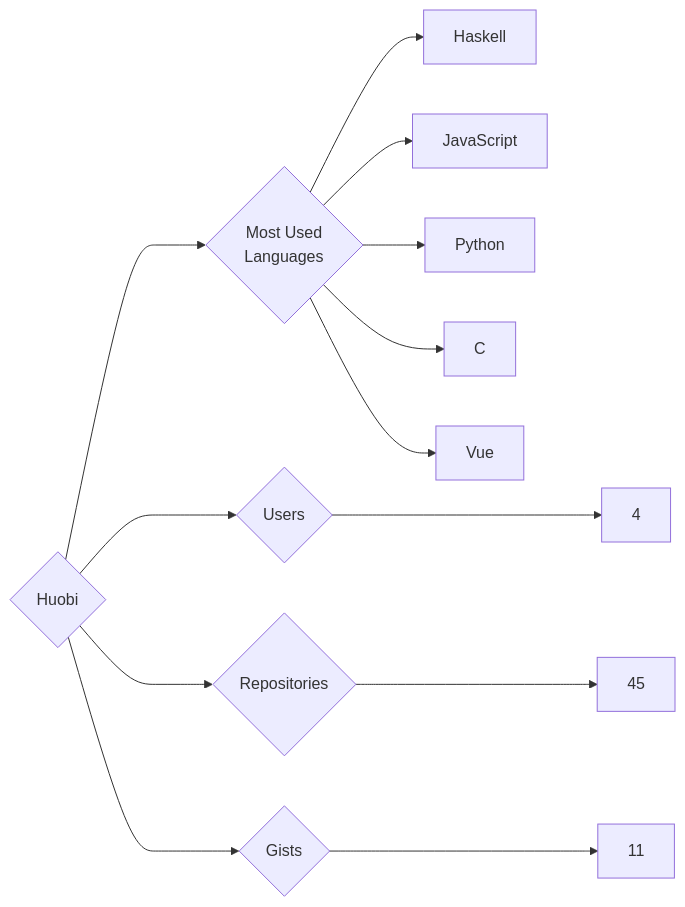
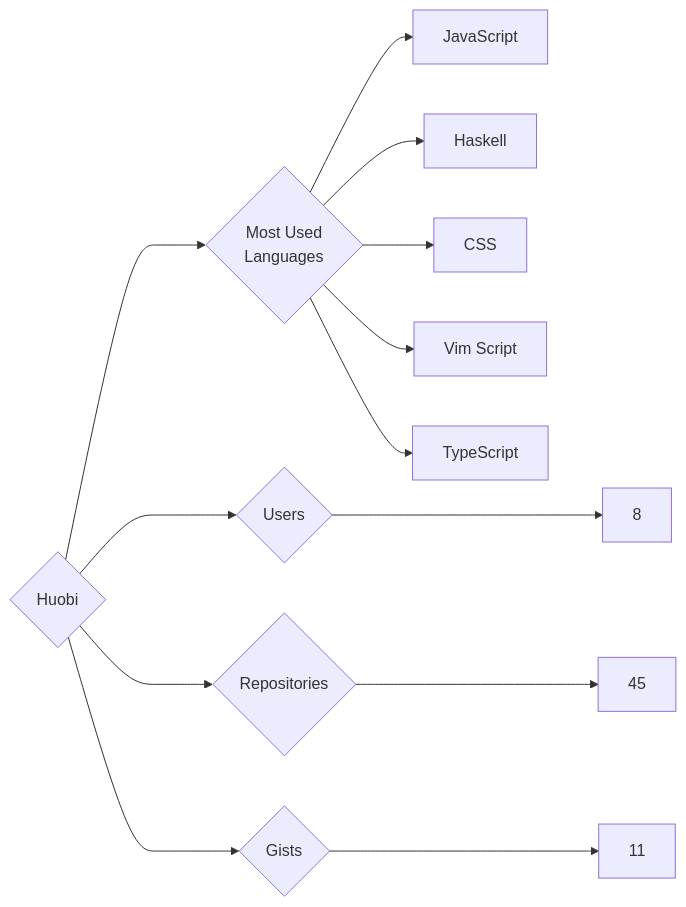
One commit to trickest/insiders changed the diagram in targets/Huobi/README.md. Above: the diagram before and after it, drawn with Mermaid. The commit also changed 1167 other files, not shown here.

````diff
--- a/targets/Huobi/README.md
+++ b/targets/Huobi/README.md
@@ -3,13 +3,13 @@
 ```mermaid
 graph LR
 COMPANY_NAME{Huobi}
-COMPANY_NAME ---> U{Users} ---> UN[4]
+COMPANY_NAME ---> U{Users} ---> UN[8]
 COMPANY_NAME ---> R{Repositories} ---> RN[45]
 COMPANY_NAME ---> G{Gists} ---> GN[11]
 COMPANY_NAME ---> ML{Most Used<br>Languages}
+ML --> JavaScript[JavaScript]
 ML --> Haskell[Haskell]
-ML --> JavaScript[JavaScript]
-ML --> Python[Python]
-ML --> C[C]
-ML --> Vue[Vue]
+ML --> CSS[CSS]
+ML --> Vim_Script[Vim Script]
+ML --> TypeScript[TypeScript]
 ```
````
